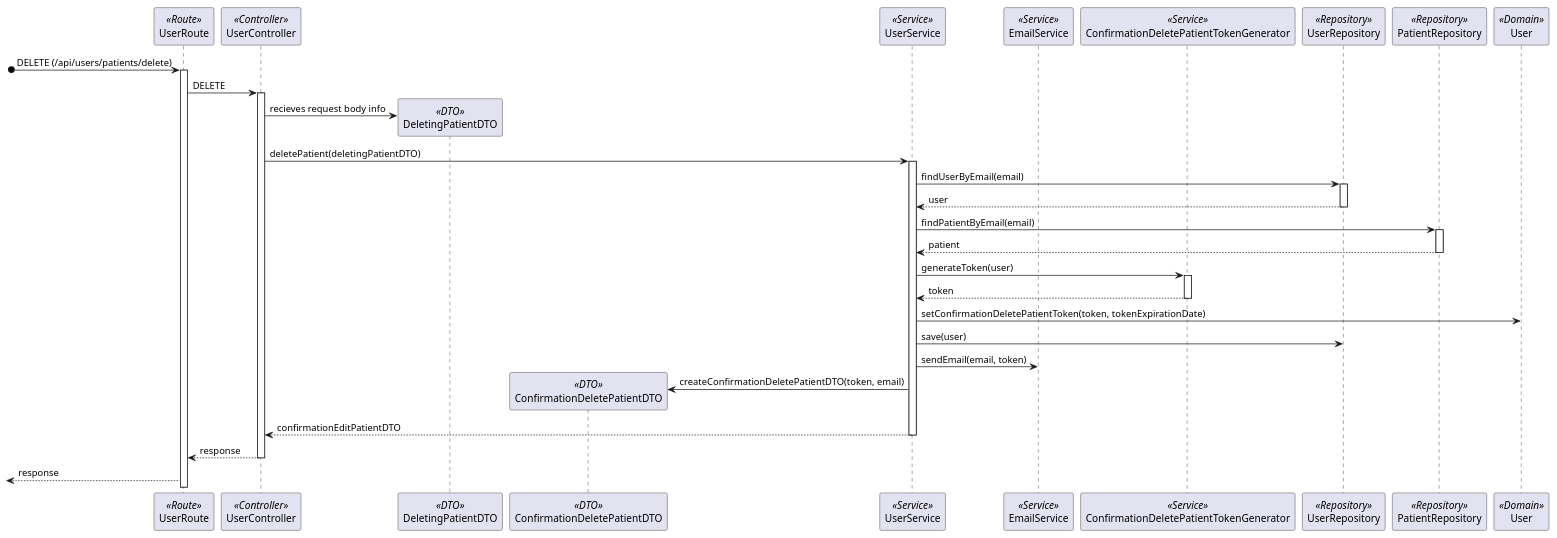
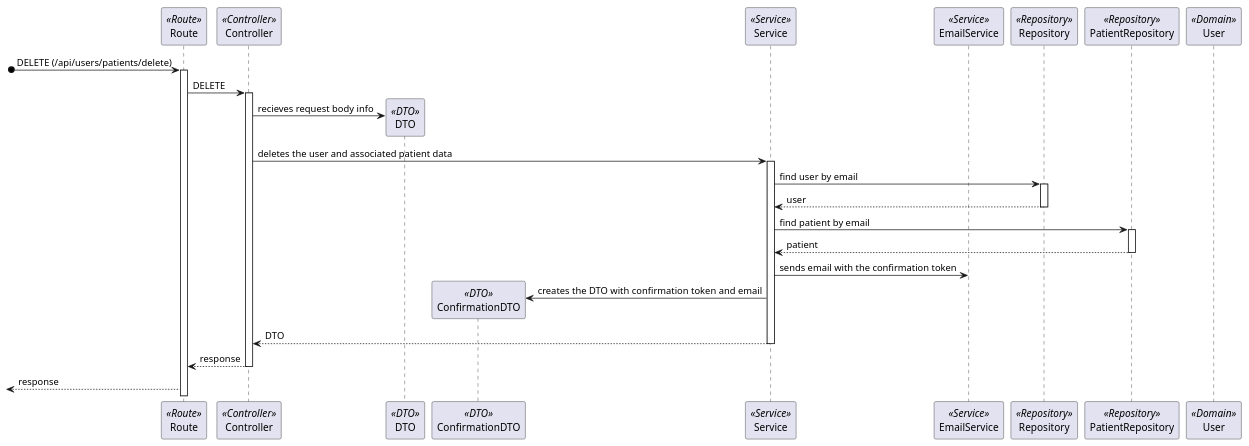
The diagram in docs/Sprint_1/US_5.1.5/L3/Process_View_Prior_Confirmation.puml (Rodrick0209/ISEP-SEM5PI-24-25), drawn with PlantUML before and after one commit. The commit also changed 19 other files, not shown here.

Commit message:
All Designs From Patient and User modified from the level 3 view #4 #5 #6 #9 #10 #11 #12

```diff
--- a/docs/Sprint_1/US_5.1.5/L3/Process_View_Prior_Confirmation.puml
+++ b/docs/Sprint_1/US_5.1.5/L3/Process_View_Prior_Confirmation.puml
@@ -2,35 +2,29 @@
 @startuml Process_View_Prior_Confirmation
-participant UserRoute as Route <<Route>>
-participant UserController as Controller <<Controller>>
-participant DeletingPatientDTO as DTO <<DTO>>
-participant ConfirmationDeletePatientDTO as ConfirmationDTO <<DTO>>
-participant UserService as Service <<Service>>
+participant Route as Route <<Route>>
+participant Controller as Controller <<Controller>>
+participant DTO as DTO <<DTO>>
+participant ConfirmationDTO as ConfirmationDTO <<DTO>>
+participant Service as Service <<Service>>
 participant EmailService as EmailService <<Service>>
-participant ConfirmationDeletePatientTokenGenerator as TokenGenerator <<Service>>
-participant UserRepository as Repository <<Repository>>
+participant Repository as Repository <<Repository>>
 participant PatientRepository as PatientRepository <<Repository>>
 participant User as Domain <<Domain>>
 [o-> Route: DELETE (/api/users/patients/delete)
 activate Route
 Route -> Controller : DELETE
 activate Controller
 Controller -> DTO** : recieves request body info
-Controller -> Service : deletePatient(deletingPatientDTO)
+Controller -> Service : deletes the user and associated patient data
 activate Service
-Service -> Repository : findUserByEmail(email)
+Service -> Repository : find user by email
 activate Repository
 return user
-Service -> PatientRepository : findPatientByEmail(email)
+Service -> PatientRepository : find patient by email
 activate PatientRepository
 return patient
-Service -> TokenGenerator : generateToken(user)
-activate TokenGenerator
-return token
-Service -> Domain : setConfirmationDeletePatientToken(token, tokenExpirationDate)
-Service -> Repository : save(user)
-Service -> EmailService : sendEmail(email, token)
-Service -> ConfirmationDTO** : createConfirmationDeletePatientDTO(token, email)
-return confirmationEditPatientDTO
+Service -> EmailService : sends email with the confirmation token
+Service -> ConfirmationDTO** : creates the DTO with confirmation token and email
+return DTO
 return response
 <-- Route : response
 @enduml
```
